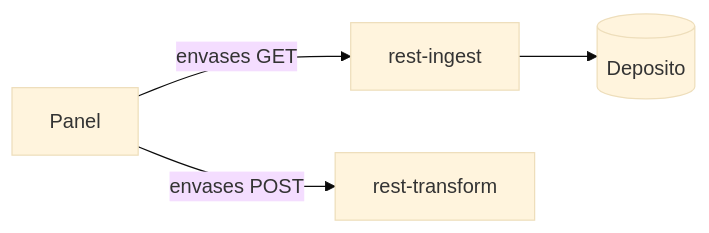
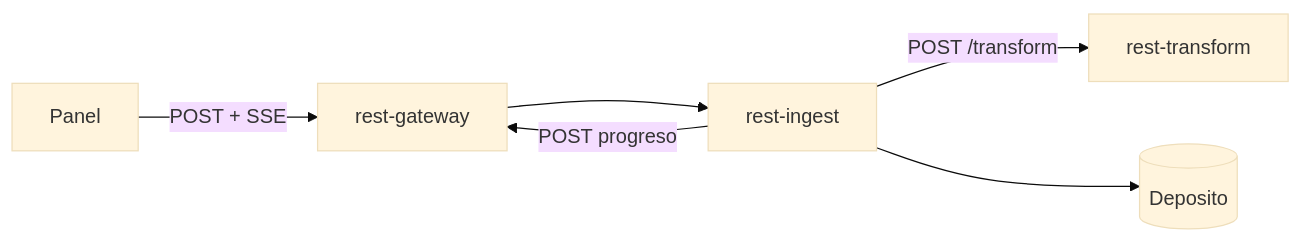
One commit to cccg8105/cccg_grpc_demo changed the seventh of 7 diagrams in presentation/grpc-intro.qmd. Above: the diagram before and after it, drawn with Mermaid (base theme). The commit also changed other lines of this file and 46 other files, not shown here.

````diff
--- a/presentation/grpc-intro.qmd
+++ b/presentation/grpc-intro.qmd
@@ -315,6 +315,8 @@
 ```{mermaid}
 flowchart LR
-  Panel[Panel] -->|"envases GET"| RI[rest-ingest]
-  Panel -->|"envases POST"| RT[rest-transform]
+  Panel[Panel] -->|"POST + SSE"| RGW[rest-gateway]
+  RGW --> RI[rest-ingest]
+  RI -->|"POST /transform"| RT[rest-transform]
+  RI -->|"POST progreso"| RGW
   RI --> CSV[(Deposito)]
 ```
````
